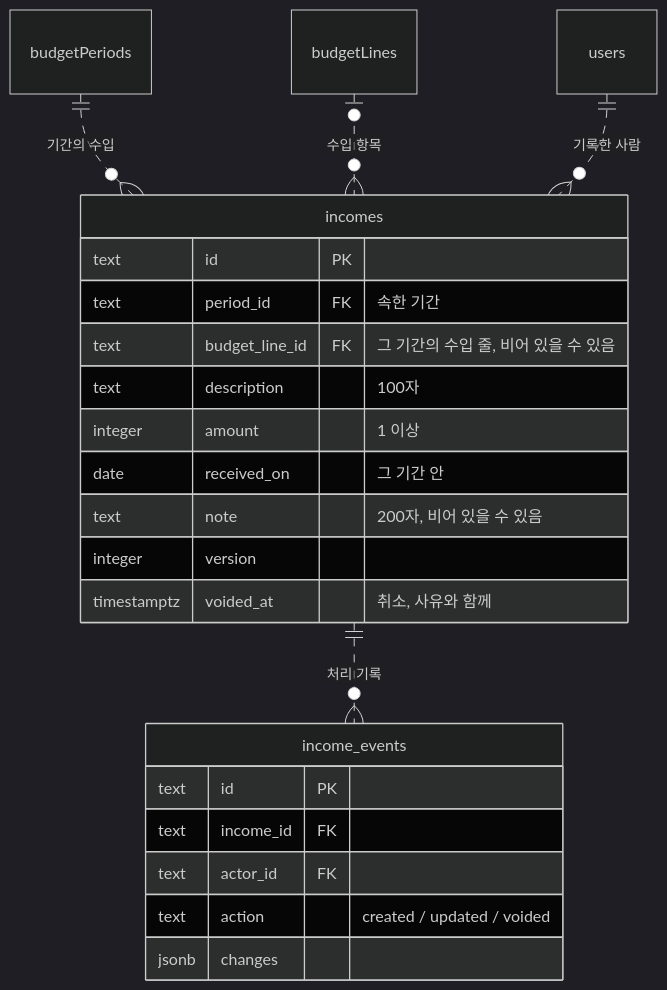
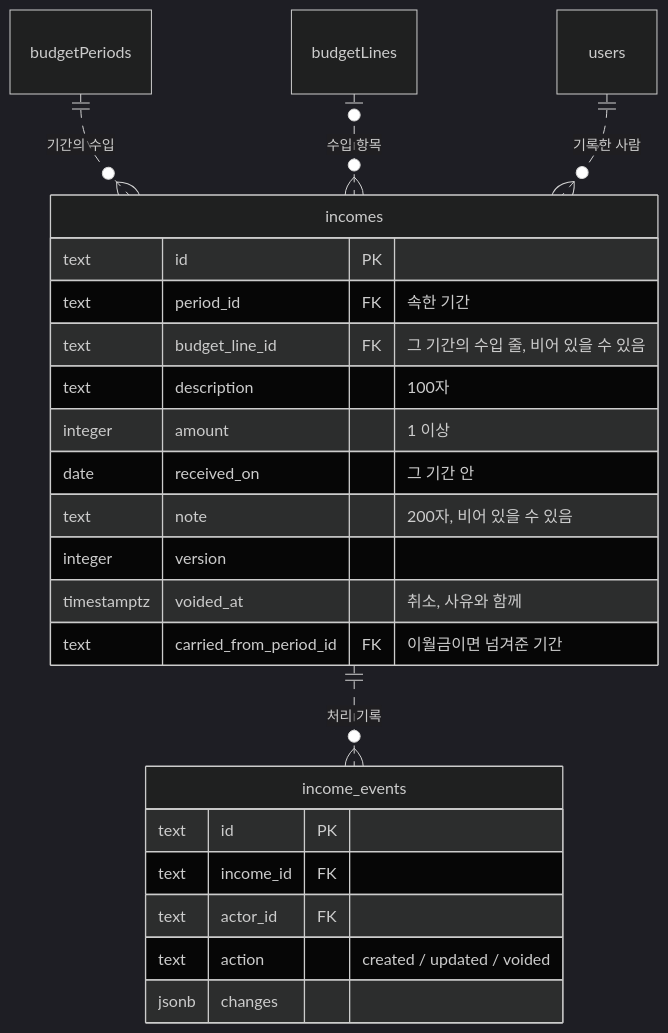
Before and after one commit to vada-hq/vada: the sixth of 7 diagrams in docs/ERD.md, drawn with Mermaid (dark theme). The commit also changed other lines of this file, not shown here.

````diff
--- a/docs/ERD.md
+++ b/docs/ERD.md
@@ -356,26 +358,27 @@
 ```mermaid
 erDiagram
     budgetPeriods ||..o{ incomes : "기간의 수입"
     budgetLines |o..o{ incomes : "수입 항목"
     incomes ||..o{ incomeEvents : "처리 기록"
     users ||..o{ incomes : "기록한 사람"
 
     incomes["incomes"] {
         text id PK
         text period_id FK "속한 기간"
         text budget_line_id FK "그 기간의 수입 줄, 비어 있을 수 있음"
         text description "100자"
         integer amount "1 이상"
         date received_on "그 기간 안"
         text note "200자, 비어 있을 수 있음"
         integer version
         timestamptz voided_at "취소, 사유와 함께"
+        text carried_from_period_id FK "이월금이면 넘겨준 기간"
     }
     incomeEvents["income_events"] {
         text id PK
         text income_id FK
         text actor_id FK
         text action "created / updated / voided"
         jsonb changes
     }
 ```
````
